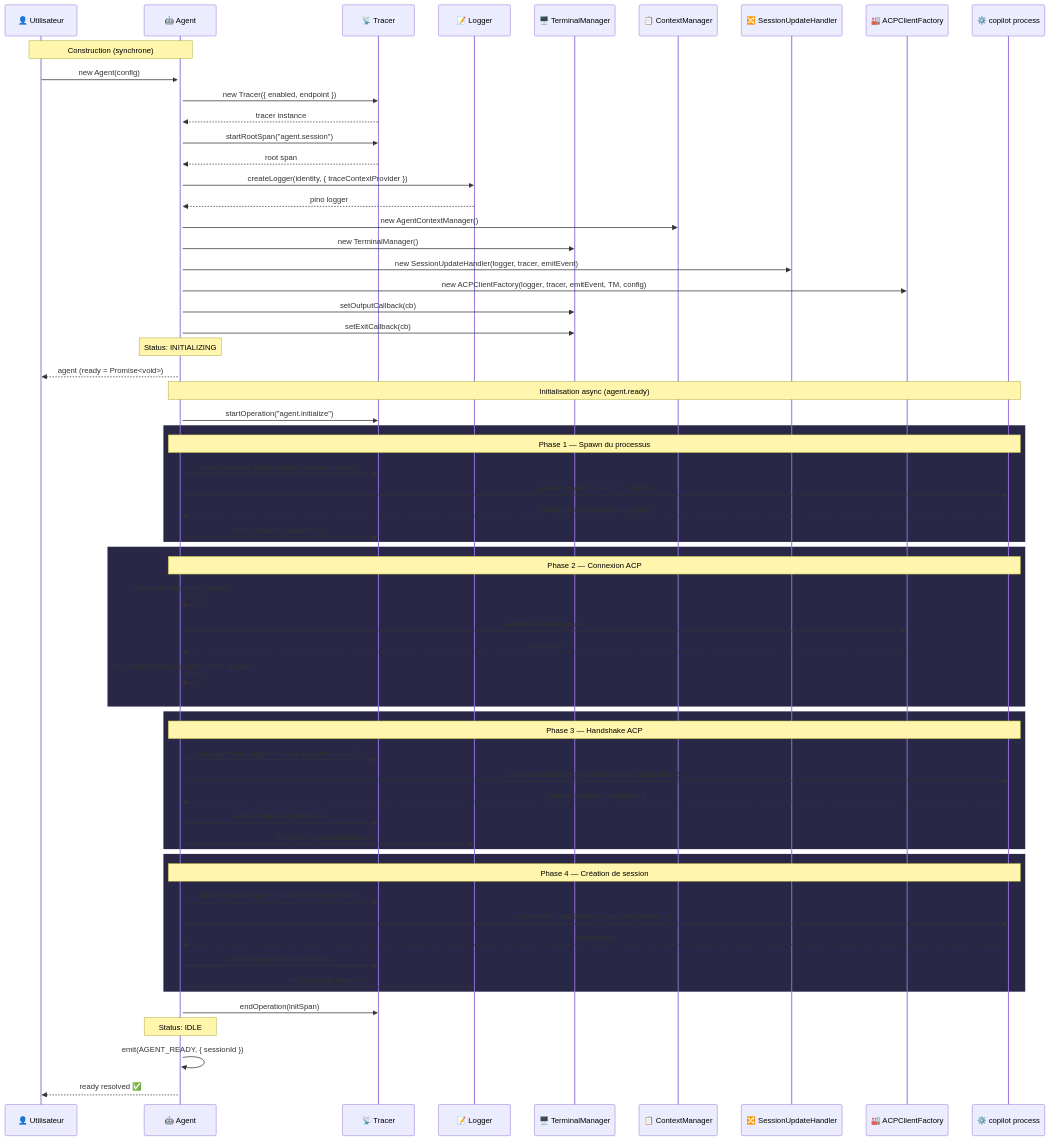
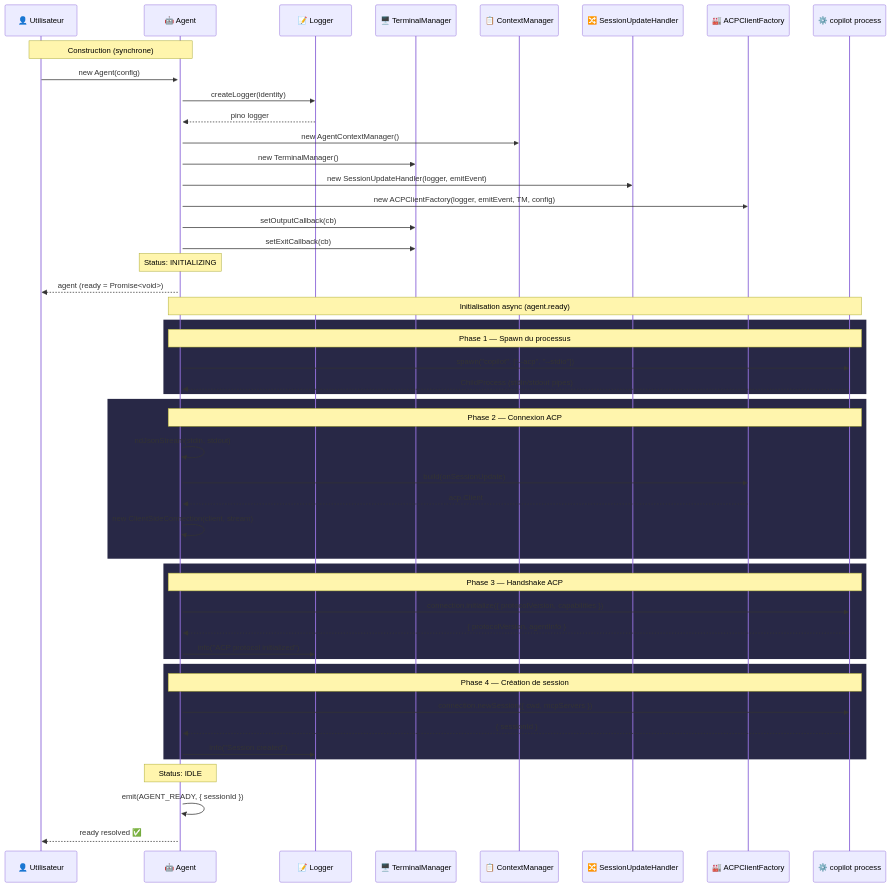
Before and after one commit to atinseau/stark: the first of 9 diagrams in docs/architecture/sequences.md, drawn with Mermaid. The commit also changed other lines of this file and 13 other files, not shown here.

```diff
--- a/docs/architecture/sequences.md
+++ b/docs/architecture/sequences.md
@@ -28,7 +28,6 @@
 sequenceDiagram
     participant U as 👤 Utilisateur
     participant A as 🤖 Agent
-    participant T as 📡 Tracer
     participant L as 📝 Logger
     participant TM as 🖥️ TerminalManager
     participant CTX as 📋 ContextManager
@@ -40,20 +39,14 @@
 
     U->>+A: new Agent(config)
 
-    A->>T: new Tracer({ enabled, endpoint })
-    T-->>A: tracer instance
-
-    A->>T: startRootSpan("agent.session")
-    T-->>A: root span
-
-    A->>L: createLogger(identity, { traceContextProvider })
+    A->>L: createLogger(identity)
     L-->>A: pino logger
 
     A->>CTX: new AgentContextManager()
     A->>TM: new TerminalManager()
 
-    A->>SUH: new SessionUpdateHandler(logger, tracer, emitEvent)
-    A->>ACF: new ACPClientFactory(logger, tracer, emitEvent, TM, config)
+    A->>SUH: new SessionUpdateHandler(logger, emitEvent)
+    A->>ACF: new ACPClientFactory(logger, emitEvent, TM, config)
 
     A->>TM: setOutputCallback(cb)
     A->>TM: setExitCallback(cb)
@@ -64,15 +57,11 @@
 
     Note over A,PROC: Initialisation async (agent.ready)
 
-    A->>T: startOperation("agent.initialize")
-
     rect rgb(40, 40, 70)
         Note over A,PROC: Phase 1 — Spawn du processus
 
-        A->>T: startOperation("agent.initialize.spawn-process")
         A->>PROC: spawn("copilot", ["--acp", "--stdio"])
         PROC-->>A: ChildProcess (stdin/stdout pipes)
-        A->>T: endOperation(spawnPhase)
     end
 
     rect rgb(40, 40, 70)
@@ -88,24 +77,18 @@
     rect rgb(40, 40, 70)
         Note over A,PROC: Phase 3 — Handshake ACP
 
-        A->>T: startOperation("agent.initialize.acp-protocol-init")
         A->>PROC: connection.initialize({ protocolVersion, capabilities })
         PROC-->>A: { protocolVersion, agentInfo }
-        A->>T: endOperation(acpInitPhase)
         A->>L: info("ACP protocol initialized")
     end
 
     rect rgb(40, 40, 70)
         Note over A,PROC: Phase 4 — Création de session
 
-        A->>T: startOperation("agent.initialize.create-session")
         A->>PROC: connection.newSession({ cwd, mcpServers })
         PROC-->>A: { sessionId }
-        A->>T: endOperation(sessionPhase)
         A->>L: info("Session created")
     end
-
-    A->>T: endOperation(initSpan)
 
     Note over A: Status: IDLE
 
```
